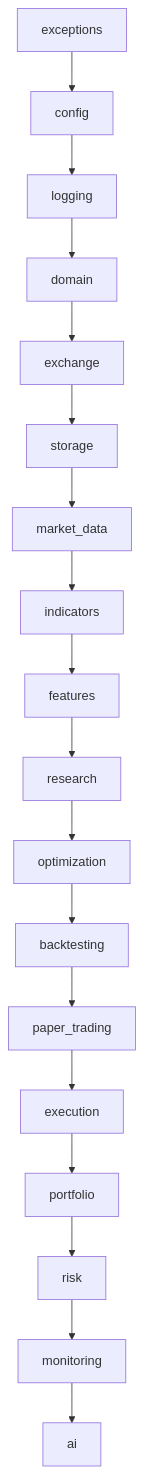
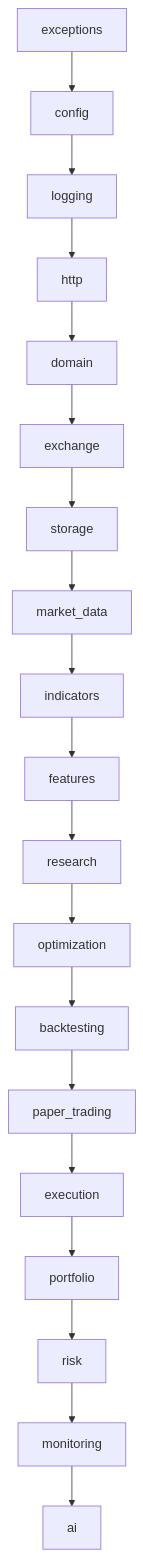
Before and after one commit to DeanT-04/bybit_quant_agent: the diagram in docs/architecture/Architecture.md, drawn with Mermaid. The commit also changed other lines of this file and 7 other files, not shown here.

````diff
--- a/docs/architecture/Architecture.md
+++ b/docs/architecture/Architecture.md
@@ -67,20 +69,21 @@
 ```mermaid
 graph TD
     exceptions --> config
     config --> logging
-    logging --> domain
+    logging --> http
+    http --> domain
     domain --> exchange
     exchange --> storage
     storage --> market_data
     market_data --> indicators
     indicators --> features
     features --> research
     research --> optimization
     optimization --> backtesting
     backtesting --> paper_trading
     paper_trading --> execution
     execution --> portfolio
     portfolio --> risk
     risk --> monitoring
     monitoring --> ai
 ```
````
